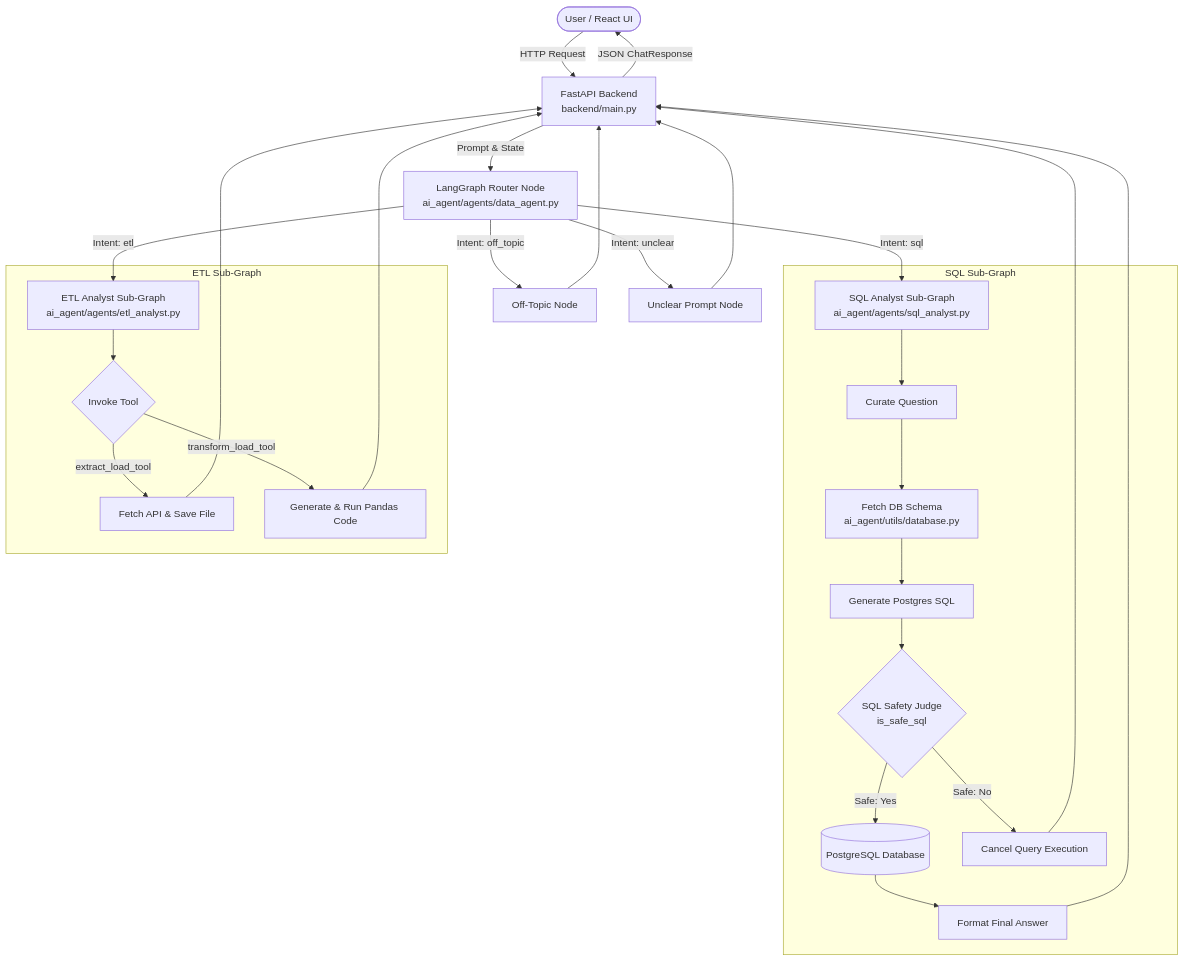
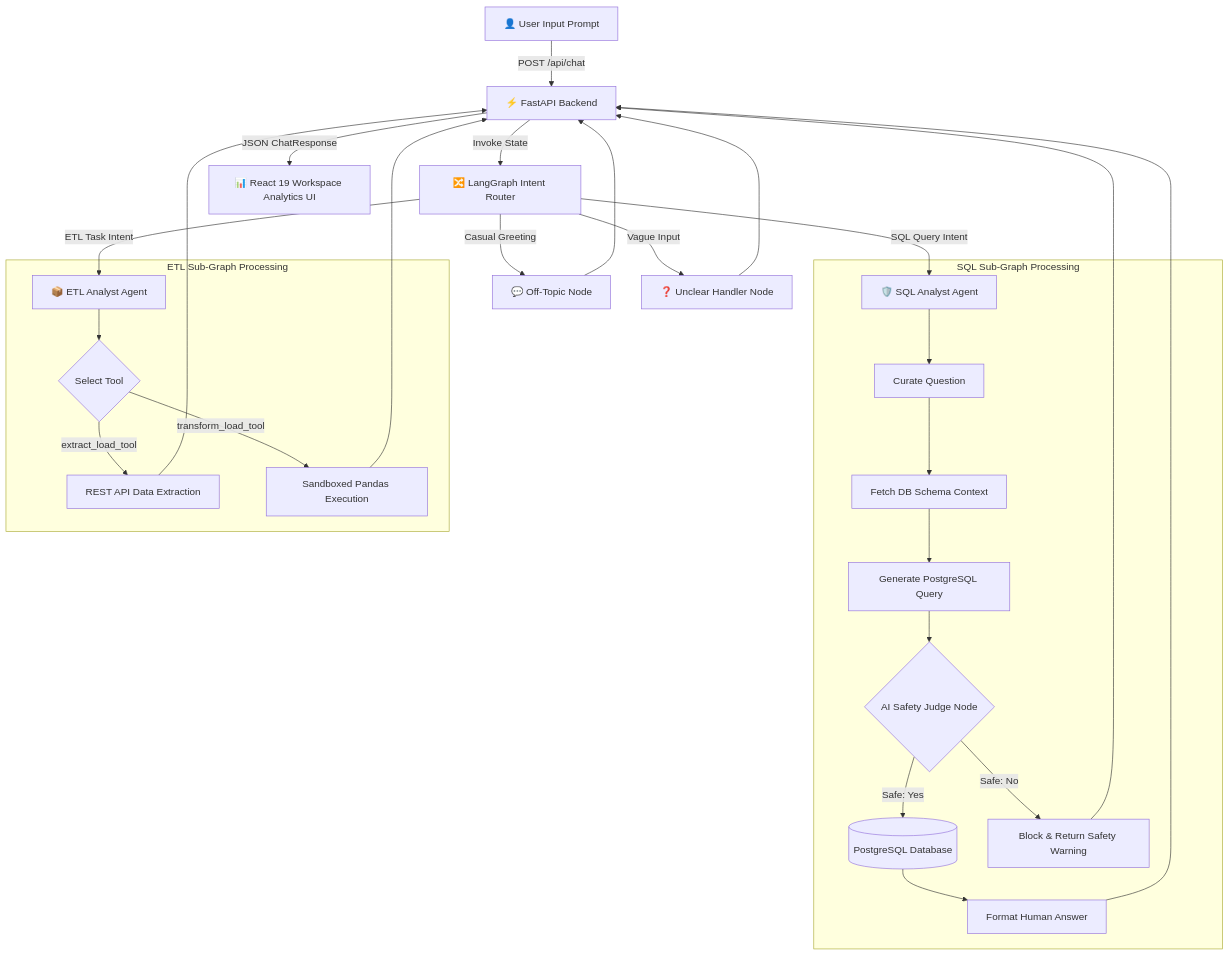
One commit to Ifrah27/QueryFlow changed the first of 9 diagrams in README.md. Above: the diagram before and after it, drawn with Mermaid. The commit also changed other lines of this file, not shown here.

````diff
--- a/README.md
+++ b/README.md
@@ -23,35 +37,35 @@
 ```mermaid
-flowchart TD
-    User([User / React UI]) -->|HTTP Request| API[FastAPI Backend\nbackend/main.py]
-    API -->|Prompt & State| Router[LangGraph Router Node\nai_agent/agents/data_agent.py]
+graph TD
+    UserPrompt[👤 User Input Prompt] -->|POST /api/chat| FastAPIGateway[⚡ FastAPI Backend]
+    FastAPIGateway -->|Invoke State| LangGraphRouter[🔀 LangGraph Intent Router]
     
-    Router -->|Intent: sql| SQLAgent[SQL Analyst Sub-Graph\nai_agent/agents/sql_analyst.py]
-    Router -->|Intent: etl| ETLAgent[ETL Analyst Sub-Graph\nai_agent/agents/etl_analyst.py]
-    Router -->|Intent: off_topic| OffTopic[Off-Topic Node]
-    Router -->|Intent: unclear| Unclear[Unclear Prompt Node]
+    LangGraphRouter -->|SQL Query Intent| SQLAnalystAgent[🛡️ SQL Analyst Agent]
+    LangGraphRouter -->|ETL Task Intent| ETLAnalystAgent[📦 ETL Analyst Agent]
+    LangGraphRouter -->|Casual Greeting| OffTopicNode[💬 Off-Topic Node]
+    LangGraphRouter -->|Vague Input| UnclearNode[❓ Unclear Handler Node]
 
-    subgraph SQL Sub-Graph
-        SQLAgent --> Curate[Curate Question]
-        Curate --> Context[Fetch DB Schema\nai_agent/utils/database.py]
-        Context --> GenSQL[Generate Postgres SQL]
-        GenSQL --> Judge{SQL Safety Judge\nis_safe_sql}
-        Judge -->|Safe: Yes| ExecSQL[(PostgreSQL Database)]
-        Judge -->|Safe: No| Cancel[Cancel Query Execution]
-        ExecSQL --> FormatAnswer[Format Final Answer]
+    subgraph "SQL Sub-Graph Processing"
+        SQLAnalystAgent --> CurateQ[Curate Question]
+        CurateQ --> FetchSchema[Fetch DB Schema Context]
+        FetchSchema --> GeneratePostgresSQL[Generate PostgreSQL Query]
+        GeneratePostgresSQL --> SafetyJudge{AI Safety Judge Node}
+        SafetyJudge -->|Safe: Yes| ExecutePostgres[(PostgreSQL Database)]
+        SafetyJudge -->|Safe: No| CancelExecution[Block & Return Safety Warning]
+        ExecutePostgres --> FormatFinalAnswer[Format Human Answer]
     end
 
-    subgraph ETL Sub-Graph
-        ETLAgent --> ToolCall{Invoke Tool}
-        ToolCall -->|extract_load_tool| Extract[Fetch API & Save File]
-        ToolCall -->|transform_load_tool| Transform[Generate & Run Pandas Code]
+    subgraph "ETL Sub-Graph Processing"
+        ETLAnalystAgent --> ToolSelect{Select Tool}
+        ToolSelect -->|extract_load_tool| APIFetch[REST API Data Extraction]
+        ToolSelect -->|transform_load_tool| PandasExec[Sandboxed Pandas Execution]
     end
 
-    FormatAnswer --> API
-    Cancel --> API
-    Extract --> API
-    Transform --> API
-    OffTopic --> API
-    Unclear --> API
-    
-    API -->|JSON ChatResponse| User
+    FormatFinalAnswer --> FastAPIGateway
+    CancelExecution --> FastAPIGateway
+    APIFetch --> FastAPIGateway
+    PandasExec --> FastAPIGateway
+    OffTopicNode --> FastAPIGateway
+    UnclearNode --> FastAPIGateway
+
+    FastAPIGateway -->|JSON ChatResponse| ReactWorkspace[📊 React 19 Workspace Analytics UI]
 ```
````
